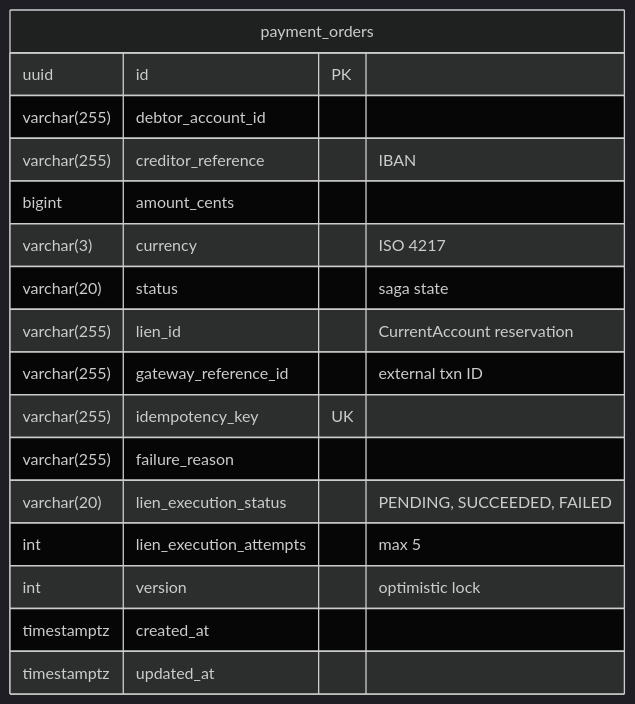
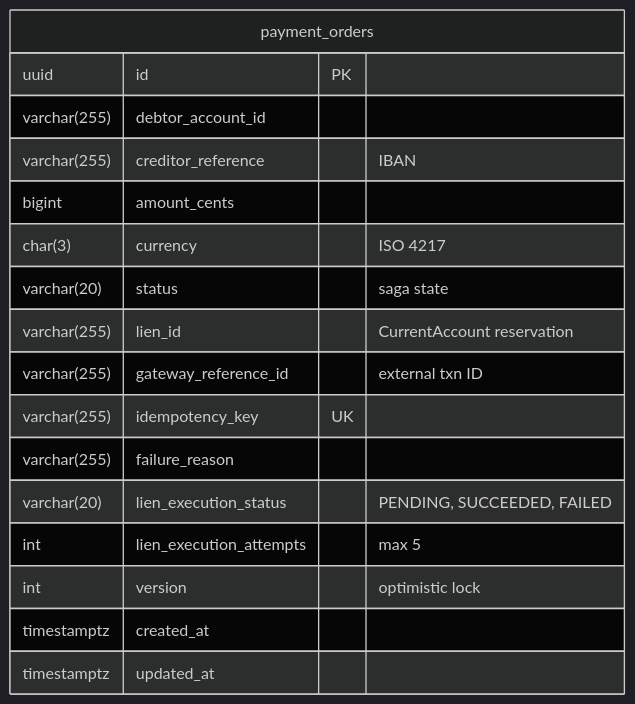
Before and after one commit to meridianhub/meridian: the third of 3 diagrams in services/payment-order/README.md, drawn with Mermaid (dark theme).

Commit message:
fix: Revert currency column to char(3) to match actual migration
The actual migration (20251216000001_initial.sql) defines currency as
character(3) NOT NULL. Revert the schema diagram to char(3) for
consistency with both the migration and the CHAR(3) reference in
the Currency-Only Constraint section.

````diff
--- a/services/payment-order/README.md
+++ b/services/payment-order/README.md
@@ -216,20 +216,20 @@
 ```mermaid
 erDiagram
     payment_orders {
         uuid id PK
         varchar(255) debtor_account_id
         varchar(255) creditor_reference "IBAN"
         bigint amount_cents
-        varchar(3) currency "ISO 4217"
+        char(3) currency "ISO 4217"
         varchar(20) status "saga state"
         varchar(255) lien_id "CurrentAccount reservation"
         varchar(255) gateway_reference_id "external txn ID"
         varchar(255) idempotency_key UK
         varchar(255) failure_reason
         varchar(20) lien_execution_status "PENDING, SUCCEEDED, FAILED"
         int lien_execution_attempts "max 5"
         int version "optimistic lock"
         timestamptz created_at
         timestamptz updated_at
     }
 ```
````
